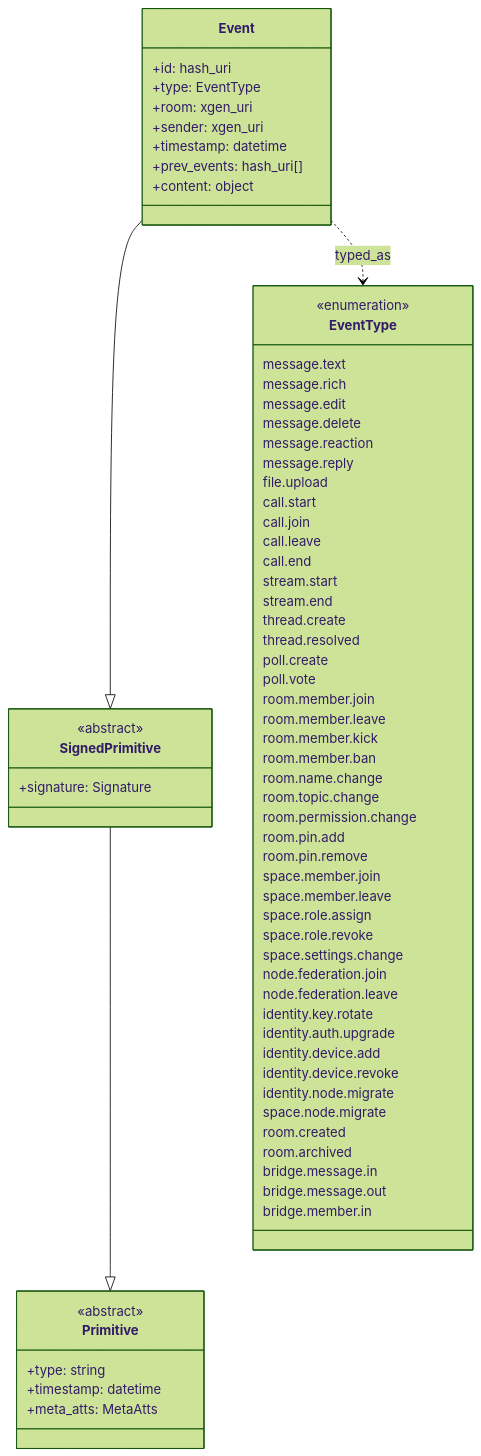
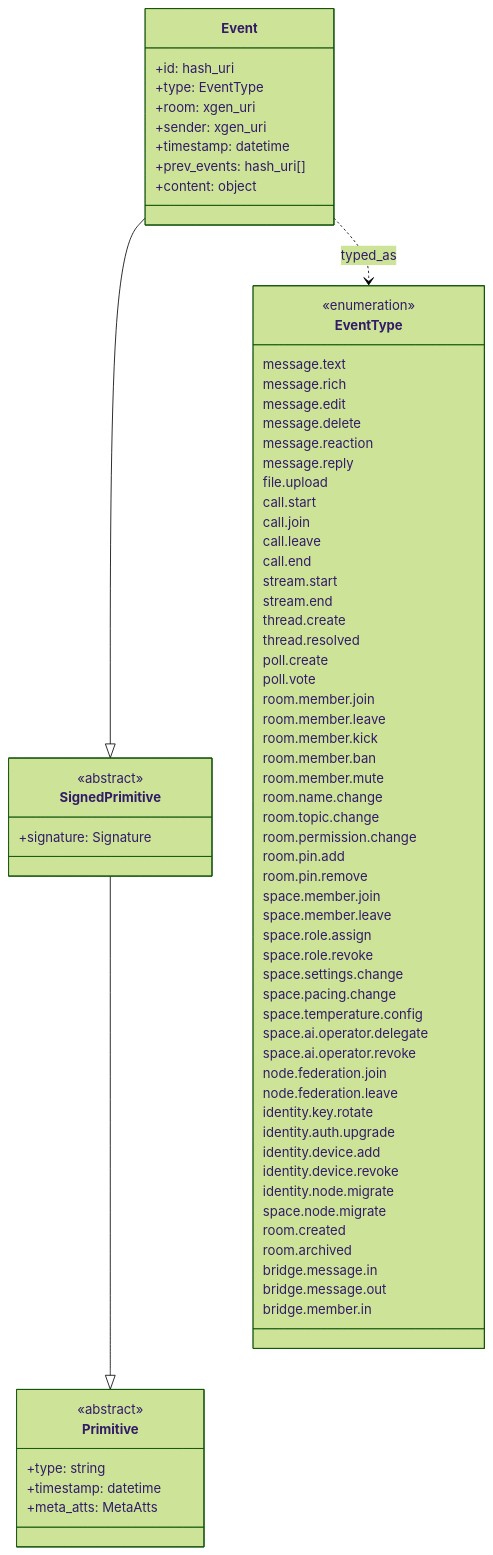
The fourth of 16 diagrams in docs/xgen_appendix_c_en.md (ianus777/XGenProtocol), drawn with Mermaid (forest theme) before and after one commit. The commit also changed other lines of this file and 2 other files, not shown here.

````diff
--- a/docs/xgen_appendix_c_en.md
+++ b/docs/xgen_appendix_c_en.md
@@ -347,75 +352,80 @@
 ```mermaid
 classDiagram
     class Primitive {
         <<abstract>>
         +type: string
         +timestamp: datetime
         +meta_atts: MetaAtts
     }
     class SignedPrimitive {
         <<abstract>>
         +signature: Signature
     }
     class Event {
         +id: hash_uri
         +type: EventType
         +room: xgen_uri
         +sender: xgen_uri
         +timestamp: datetime
         +prev_events: hash_uri[]
         +content: object
     }
     class EventType {
         <<enumeration>>
         message.text
         message.rich
         message.edit
         message.delete
         message.reaction
         message.reply
         file.upload
         call.start
         call.join
         call.leave
         call.end
         stream.start
         stream.end
         thread.create
         thread.resolved
         poll.create
         poll.vote
         room.member.join
         room.member.leave
         room.member.kick
         room.member.ban
+        room.member.mute
         room.name.change
         room.topic.change
         room.permission.change
         room.pin.add
         room.pin.remove
         space.member.join
         space.member.leave
         space.role.assign
         space.role.revoke
         space.settings.change
+        space.pacing.change
+        space.temperature.config
+        space.ai.operator.delegate
+        space.ai.operator.revoke
         node.federation.join
         node.federation.leave
         identity.key.rotate
         identity.auth.upgrade
         identity.device.add
         identity.device.revoke
         identity.node.migrate
         space.node.migrate
         room.created
         room.archived
         bridge.message.in
         bridge.message.out
         bridge.member.in
     }
 
     SignedPrimitive --|> Primitive
     Event --|> SignedPrimitive
     Event ..> EventType : typed_as
     %% Note: Event.prev_events references other Events (self-reference).
     %% Self-referencing arrows omitted — Mermaid renders them as empty ghost boxes.
 ```
````
